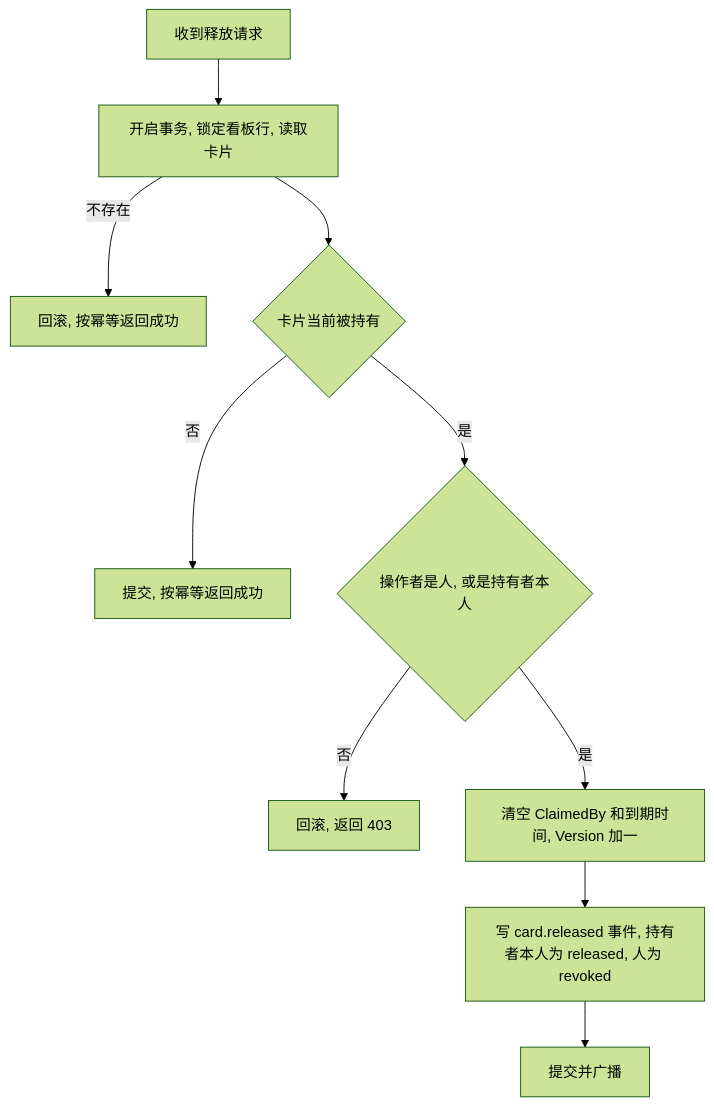
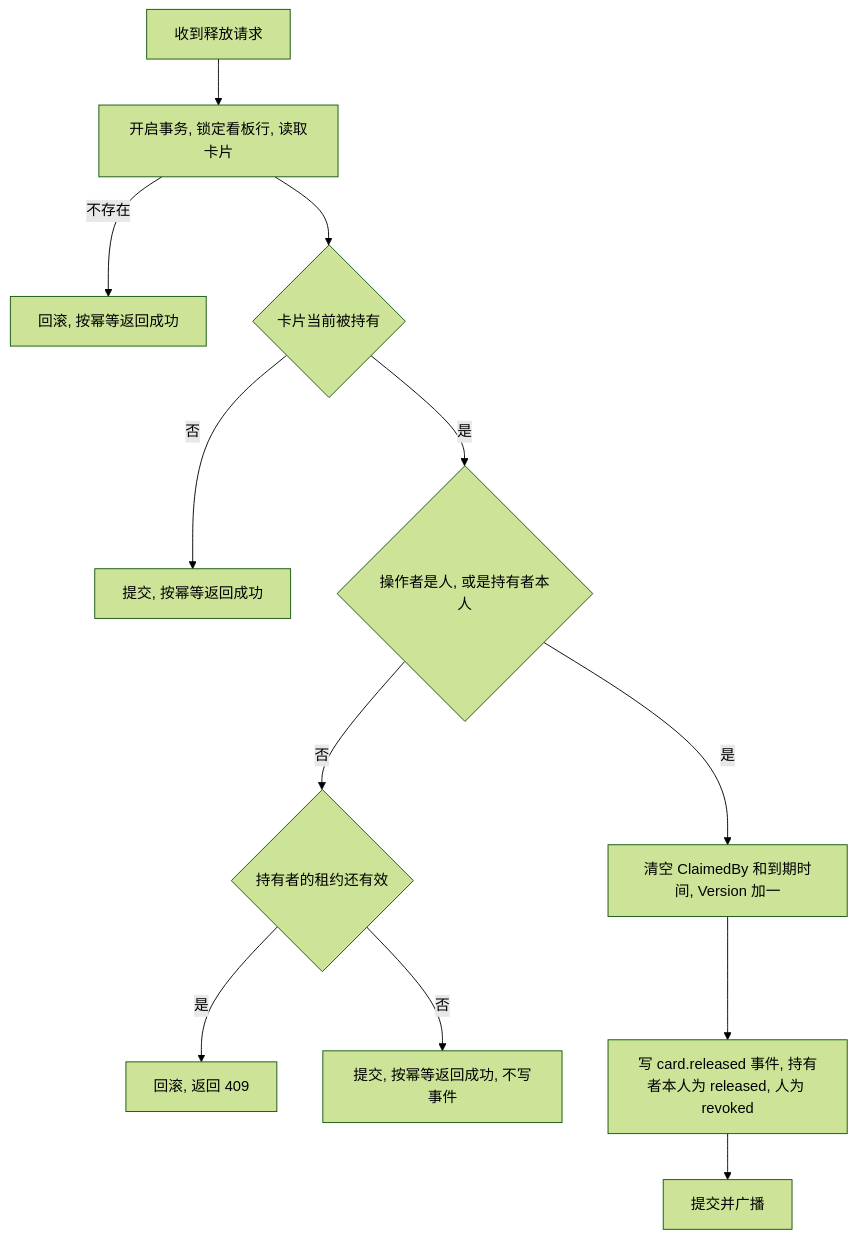
Before and after one commit to ixugo/slate-kanban: the third of 5 diagrams in .cursor/scopes/kanban.claim.go.md, drawn with Mermaid (forest theme). The commit also changed other lines of this file and 1 other file, not shown here.

````diff
--- a/.cursor/scopes/kanban.claim.go.md
+++ b/.cursor/scopes/kanban.claim.go.md
@@ -80,12 +80,14 @@
 ```mermaid
 flowchart TD
     A[收到释放请求] --> B[开启事务, 锁定看板行, 读取卡片]
     B -->|不存在| Z1[回滚, 按幂等返回成功]
     B --> C{卡片当前被持有}
     C -->|否| D[提交, 按幂等返回成功]
     C -->|是| E{操作者是人, 或是持有者本人}
-    E -->|否| Z2[回滚, 返回 403]
+    E -->|否| E2{持有者的租约还有效}
+    E2 -->|是| Z2[回滚, 返回 409]
+    E2 -->|否| D2[提交, 按幂等返回成功, 不写事件]
     E -->|是| F[清空 ClaimedBy 和到期时间, Version 加一]
     F --> G[写 card.released 事件, 持有者本人为 released, 人为 revoked]
     G --> H[提交并广播]
 ```
````
